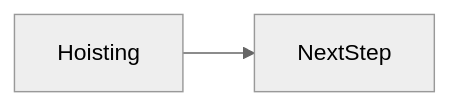
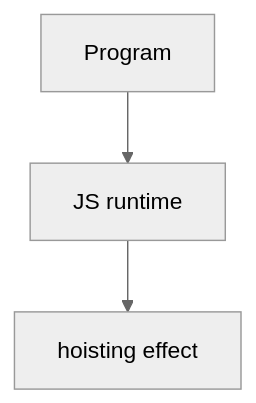
One commit to OmidJavaherii/Frontend-Engineering-Handbook changed the second of 2 diagrams in docs/en/06-javascript/hoisting/index.md. Above: the diagram before and after it, drawn with Mermaid (neutral theme). The commit also changed other lines of this file and 461 other files, not shown here.

````diff
--- a/docs/en/06-javascript/hoisting/index.md
+++ b/docs/en/06-javascript/hoisting/index.md
@@ -97,4 +113,5 @@
 ```mermaid
-flowchart LR
-  concept[Hoisting] --> nextStep[NextStep]
+flowchart TD
+  Code[Program] --> Runtime[JS runtime]
+  Runtime --> Effect[hoisting effect]
 ```
````
